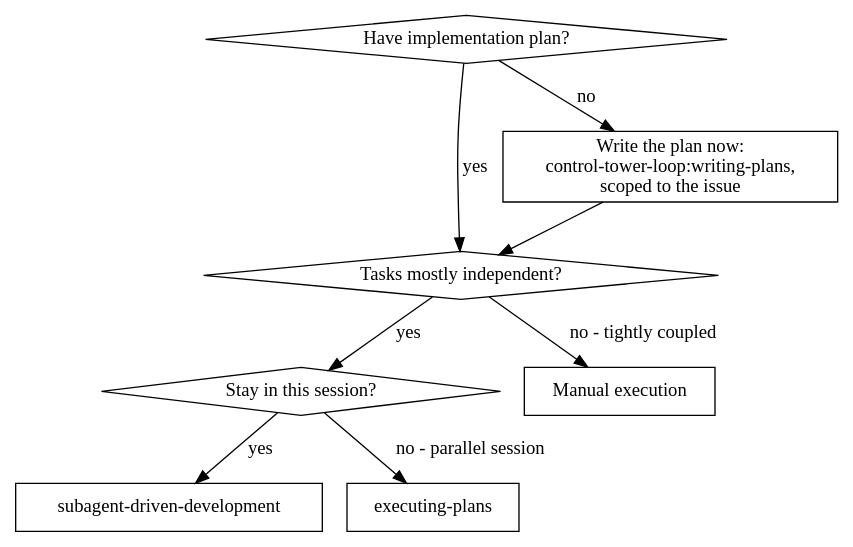
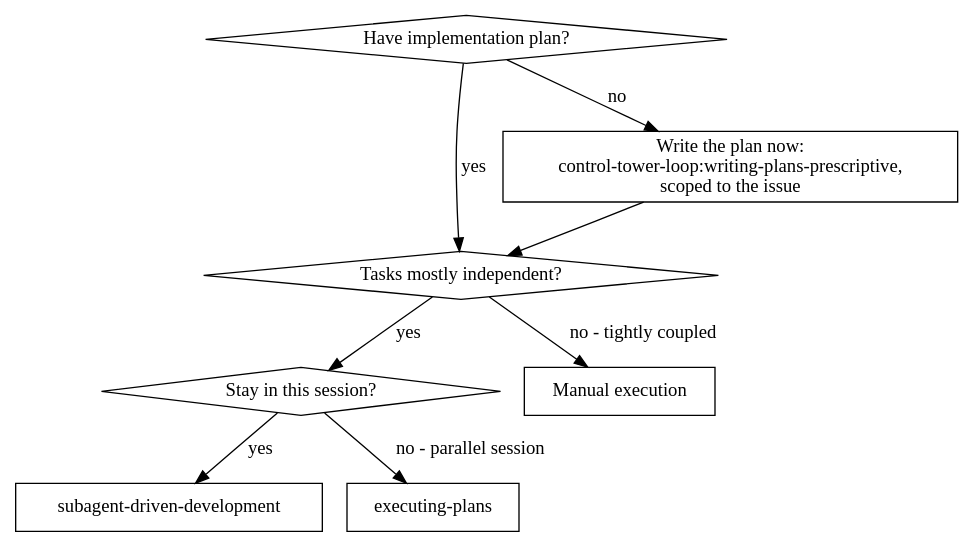
The first of 2 diagrams in skills/subagent-driven-development/SKILL.md (josemerca/control-tower-plugin), drawn with Graphviz before and after one commit. The commit also changed other lines of this file and 2 other files, not shown here.

Commit message:
Costura 4: la rama «no plan» de SDD apunta a writing-plans-prescriptive
Las 5 menciones (digraph x3, prosa, Integration) pasan a la skill
propia, con la convención de nombre issue-<n>- y el aviso de que
--release se negará sin plan válido. FORK.md registra la costura y
skills-fork.test.js la vigila — incluida la trampa del substring: el
nombre viejo es prefijo del nuevo, así que la aserción se endurece.

````diff
--- a/skills/subagent-driven-development/SKILL.md
+++ b/skills/subagent-driven-development/SKILL.md
@@ -21,19 +21,19 @@
 ```dot
 digraph when_to_use {
     "Have implementation plan?" [shape=diamond];
     "Tasks mostly independent?" [shape=diamond];
     "Stay in this session?" [shape=diamond];
     "subagent-driven-development" [shape=box];
     "executing-plans" [shape=box];
-    "Write the plan now:\ncontrol-tower-loop:writing-plans,\nscoped to the issue" [shape=box];
+    "Write the plan now:\ncontrol-tower-loop:writing-plans-prescriptive,\nscoped to the issue" [shape=box];
     "Manual execution" [shape=box];
 
     "Have implementation plan?" -> "Tasks mostly independent?" [label="yes"];
-    "Have implementation plan?" -> "Write the plan now:\ncontrol-tower-loop:writing-plans,\nscoped to the issue" [label="no"];
-    "Write the plan now:\ncontrol-tower-loop:writing-plans,\nscoped to the issue" -> "Tasks mostly independent?";
+    "Have implementation plan?" -> "Write the plan now:\ncontrol-tower-loop:writing-plans-prescriptive,\nscoped to the issue" [label="no"];
+    "Write the plan now:\ncontrol-tower-loop:writing-plans-prescriptive,\nscoped to the issue" -> "Tasks mostly independent?";
     "Tasks mostly independent?" -> "Stay in this session?" [label="yes"];
     "Tasks mostly independent?" -> "Manual execution" [label="no - tightly coupled"];
     "Stay in this session?" -> "subagent-driven-development" [label="yes"];
     "Stay in this session?" -> "executing-plans" [label="no - parallel session"];
 }
 ```
````
